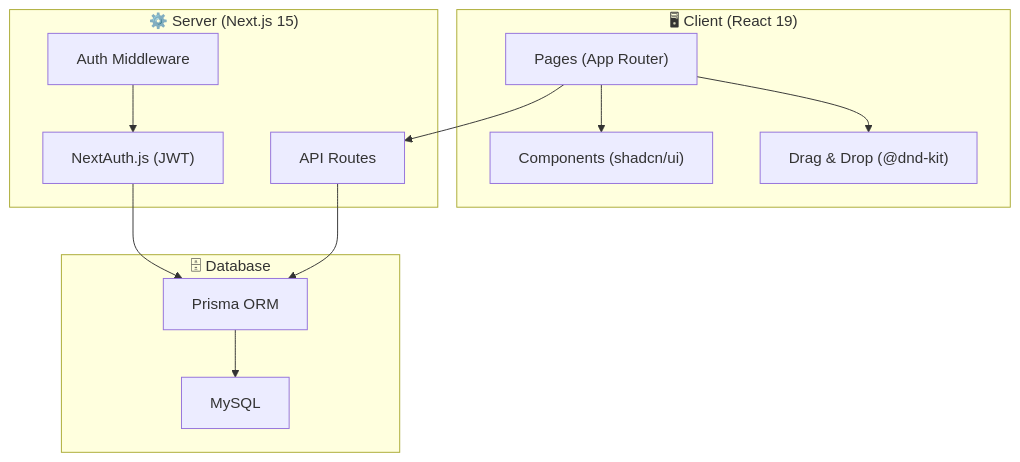
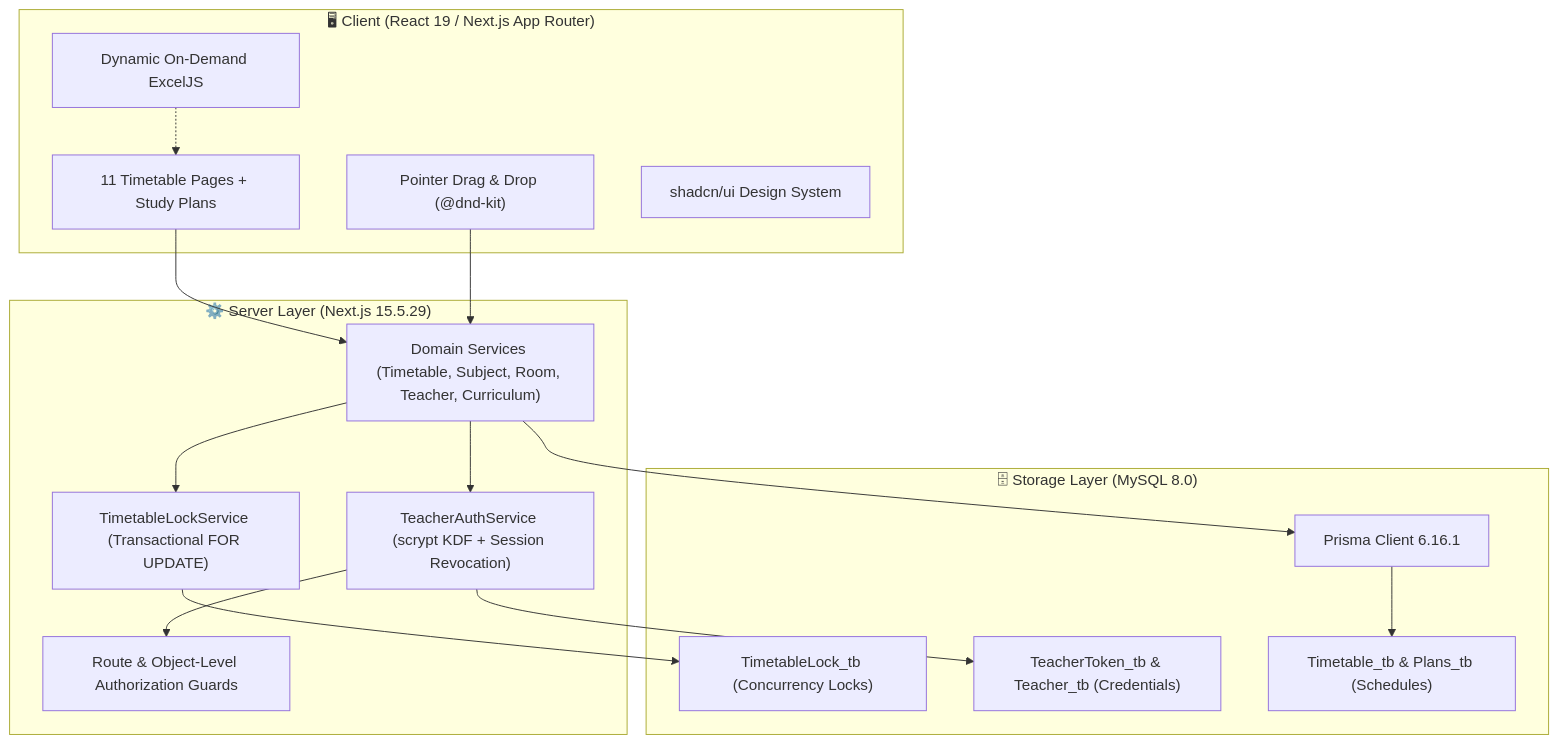
The first of 2 diagrams in README.md (Erbiyon/cpetak-timetable), drawn with Mermaid before and after one commit. The commit also changed other lines of this file, not shown here.

Commit message:
docs: modernize README.md with updated tech stack, architecture, security, concurrency, and test suites

````diff
--- a/README.md
+++ b/README.md
@@ -59,27 +61,34 @@
 ```mermaid
 graph TB
-    subgraph Client["🖥 Client (React 19)"]
-        Pages["Pages (App Router)"]
-        Components["Components (shadcn/ui)"]
-        DnD["Drag & Drop (@dnd-kit)"]
+    subgraph Client["🖥 Client (React 19 / Next.js App Router)"]
+        Pages["11 Timetable Pages + Study Plans"]
+        DnD["Pointer Drag & Drop (@dnd-kit)"]
+        LazyExport["Dynamic On-Demand ExcelJS"]
+        Components["shadcn/ui Design System"]
     end
 
-    subgraph Server["⚙️ Server (Next.js 15)"]
-        API["API Routes"]
-        Middleware["Auth Middleware"]
-        Auth["NextAuth.js (JWT)"]
+    subgraph Server["⚙️ Server Layer (Next.js 15.5.29)"]
+        ServiceLayer["Domain Services (Timetable, Subject, Room, Teacher, Curriculum)"]
+        LockService["TimetableLockService (Transactional FOR UPDATE)"]
+        AuthSecurity["TeacherAuthService (scrypt KDF + Session Revocation)"]
+        AuthGuard["Route & Object-Level Authorization Guards"]
     end
 
-    subgraph Database["🗄 Database"]
-        MySQL["MySQL"]
-        Prisma["Prisma ORM"]
+    subgraph Database["🗄 Storage Layer (MySQL 8.0)"]
+        PrismaORM["Prisma Client 6.16.1"]
+        LockTable["TimetableLock_tb (Concurrency Locks)"]
+        AuthTable["TeacherToken_tb & Teacher_tb (Credentials)"]
+        TimetableDB["Timetable_tb & Plans_tb (Schedules)"]
     end
 
-    Pages --> Components
-    Pages --> DnD
-    Pages --> API
-    API --> Prisma
-    Prisma --> MySQL
-    Middleware --> Auth
-    Auth --> Prisma
+    Pages --> ServiceLayer
+    DnD --> ServiceLayer
+    LazyExport -.-> Pages
+    ServiceLayer --> LockService
+    ServiceLayer --> AuthSecurity
+    AuthSecurity --> AuthGuard
+    ServiceLayer --> PrismaORM
+    LockService --> LockTable
+    AuthSecurity --> AuthTable
+    PrismaORM --> TimetableDB
 ```
````
